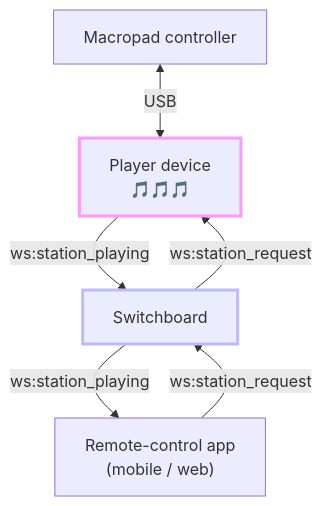
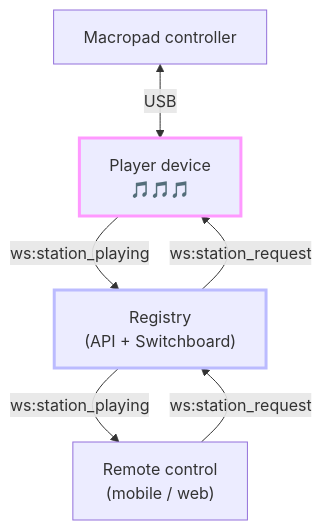
The first of 2 diagrams in README.md (briceburg/radio-pad), drawn with Mermaid before and after one commit. The commit also changed other lines of this file and 74 other files, not shown here.

````diff
--- a/README.md
+++ b/README.md
@@ -50,16 +99,16 @@
 ```mermaid
 flowchart TD
     Macropad["Macropad controller"]
     Player["Player device<br/>🎵🎵🎵"]
-    Switchboard["Switchboard"]
-    Remote["Remote-control app<br/>(mobile / web)"]
+    Registry["Registry<br/>(API + Switchboard)"]
+    Remote["Remote control<br/>(mobile / web)"]
 
     Macropad <-- USB --> Player
-    Player -- ws:station_playing --> Switchboard
-    Switchboard -- ws:station_request --> Player
-    Switchboard -- ws:station_playing --> Remote
-    Remote -- ws:station_request --> Switchboard
+    Player -- ws:station_playing --> Registry
+    Registry -- ws:station_request --> Player
+    Registry -- ws:station_playing --> Remote
+    Remote -- ws:station_request --> Registry
 
     style Player stroke:#f9f,stroke-width:3px
-    style Switchboard stroke:#bbf,stroke-width:3px
+    style Registry stroke:#bbf,stroke-width:3px
 ```
````
